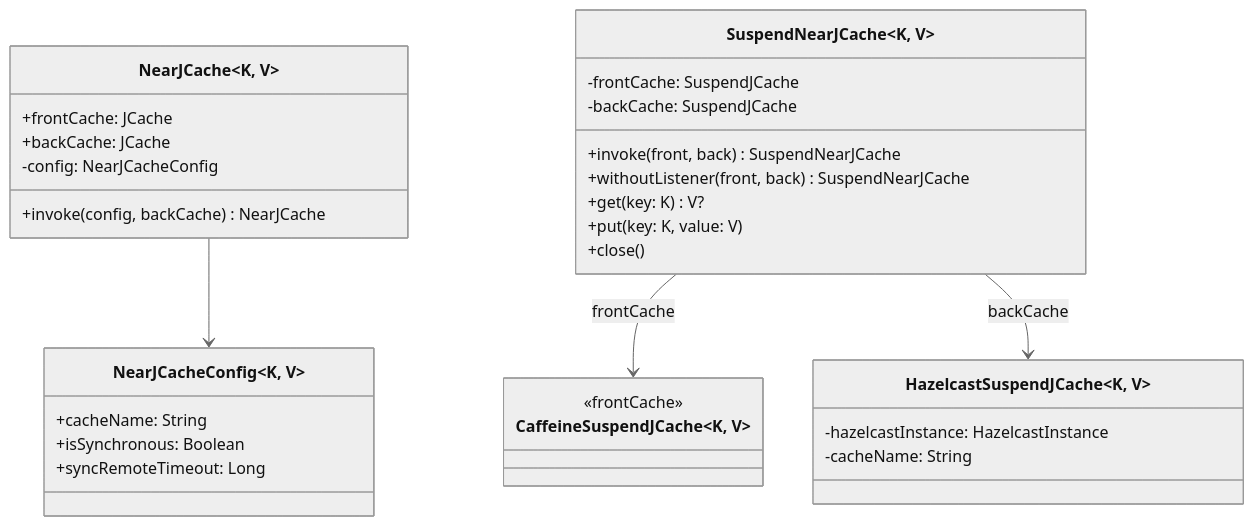
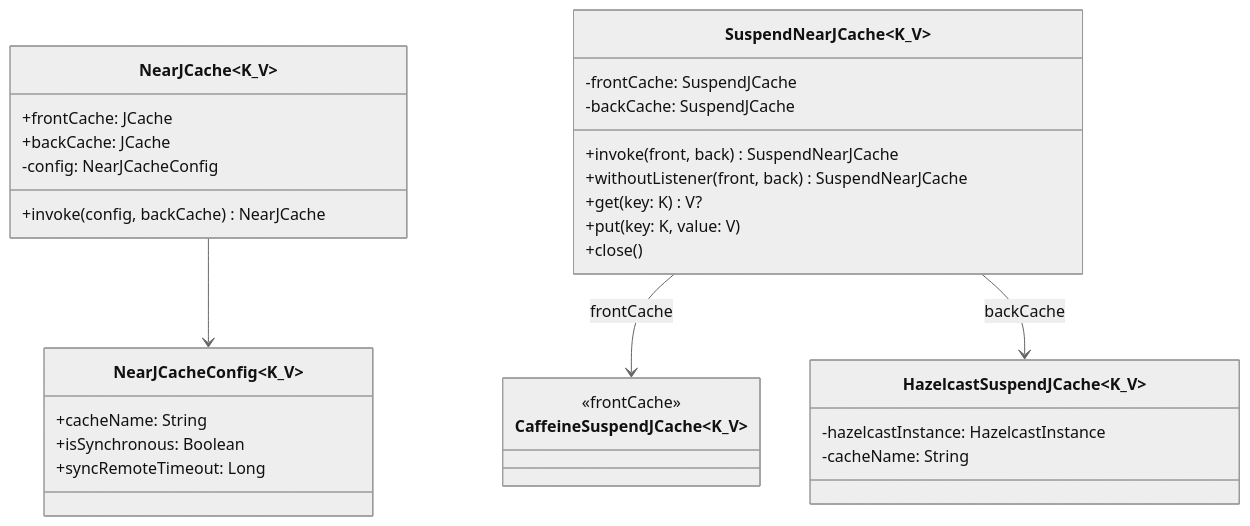
The first of 3 diagrams in infra/cache-hazelcast/README.md (bluetape4k/bluetape4k-projects), drawn with Mermaid (neutral theme) before and after one commit. The commit also changed other lines of this file and 95 other files, not shown here.

First line of the commit message:
docs: Mermaid 파서 오류 전체 수정 (IntelliJ IDEA 호환)

````diff
--- a/infra/cache-hazelcast/README.md
+++ b/infra/cache-hazelcast/README.md
@@ -76,38 +76,38 @@
 ```mermaid
 classDiagram
-    class NearJCache~K, V~ {
+    class NearJCache~K_V~ {
 +frontCache: JCache
 +backCache: JCache
 -config: NearJCacheConfig
         +invoke(config, backCache) NearJCache
     }
 
-class SuspendNearJCache~K, V~ {
+class SuspendNearJCache~K_V~ {
 -frontCache: SuspendJCache
 -backCache: SuspendJCache
         +invoke(front, back) SuspendNearJCache
         +withoutListener(front, back) SuspendNearJCache
         +get(key: K) V?
         +put(key: K, value: V)
         +close()
     }
 
-class HazelcastSuspendJCache~K, V~ {
+class HazelcastSuspendJCache~K_V~ {
         -hazelcastInstance: HazelcastInstance
         -cacheName: String
     }
 
-class CaffeineSuspendJCache~K, V~ {
+class CaffeineSuspendJCache~K_V~ {
 <<frontCache>>
     }
 
-class NearJCacheConfig~K, V~ {
+class NearJCacheConfig~K_V~ {
         +cacheName: String
         +isSynchronous: Boolean
         +syncRemoteTimeout: Long
     }
 
     NearJCache --> NearJCacheConfig
     SuspendNearJCache --> CaffeineSuspendJCache: frontCache
     SuspendNearJCache --> HazelcastSuspendJCache: backCache
 ```
````
